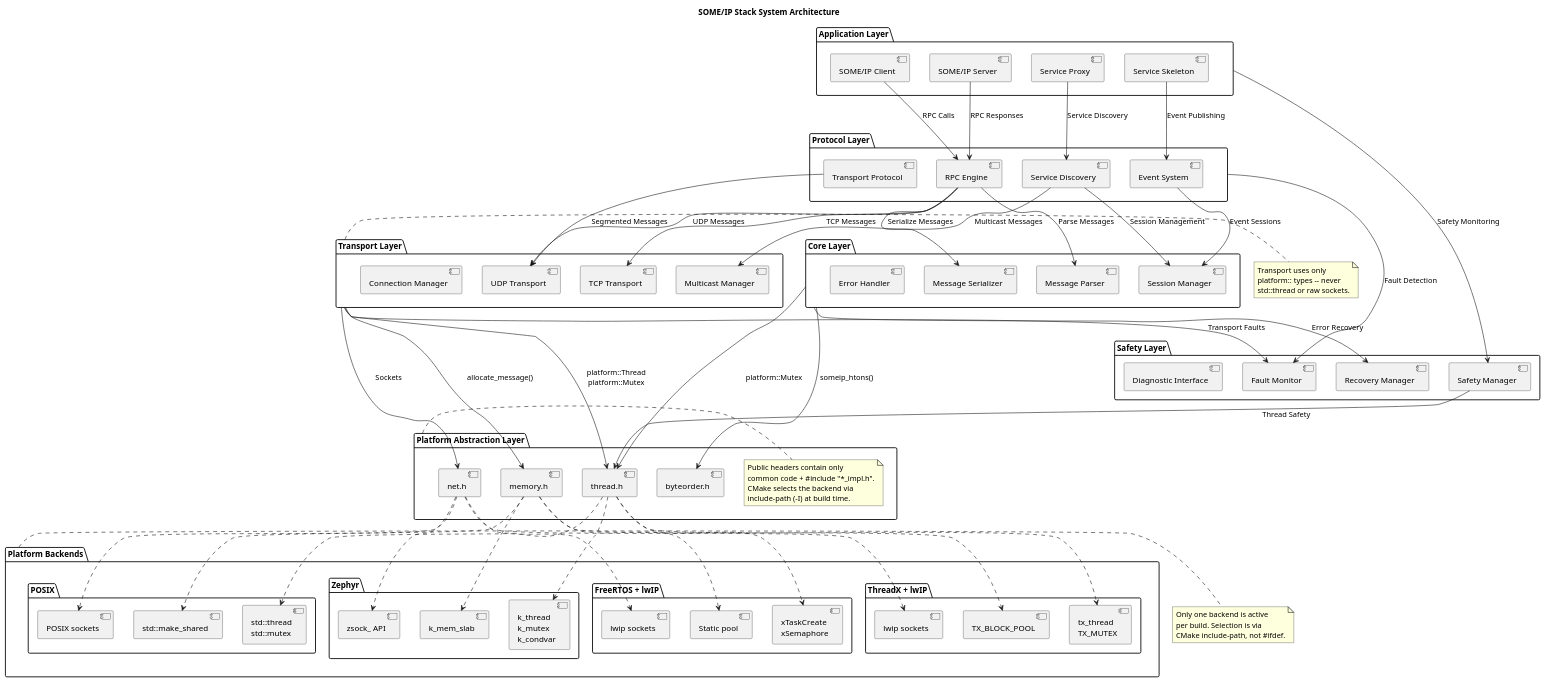
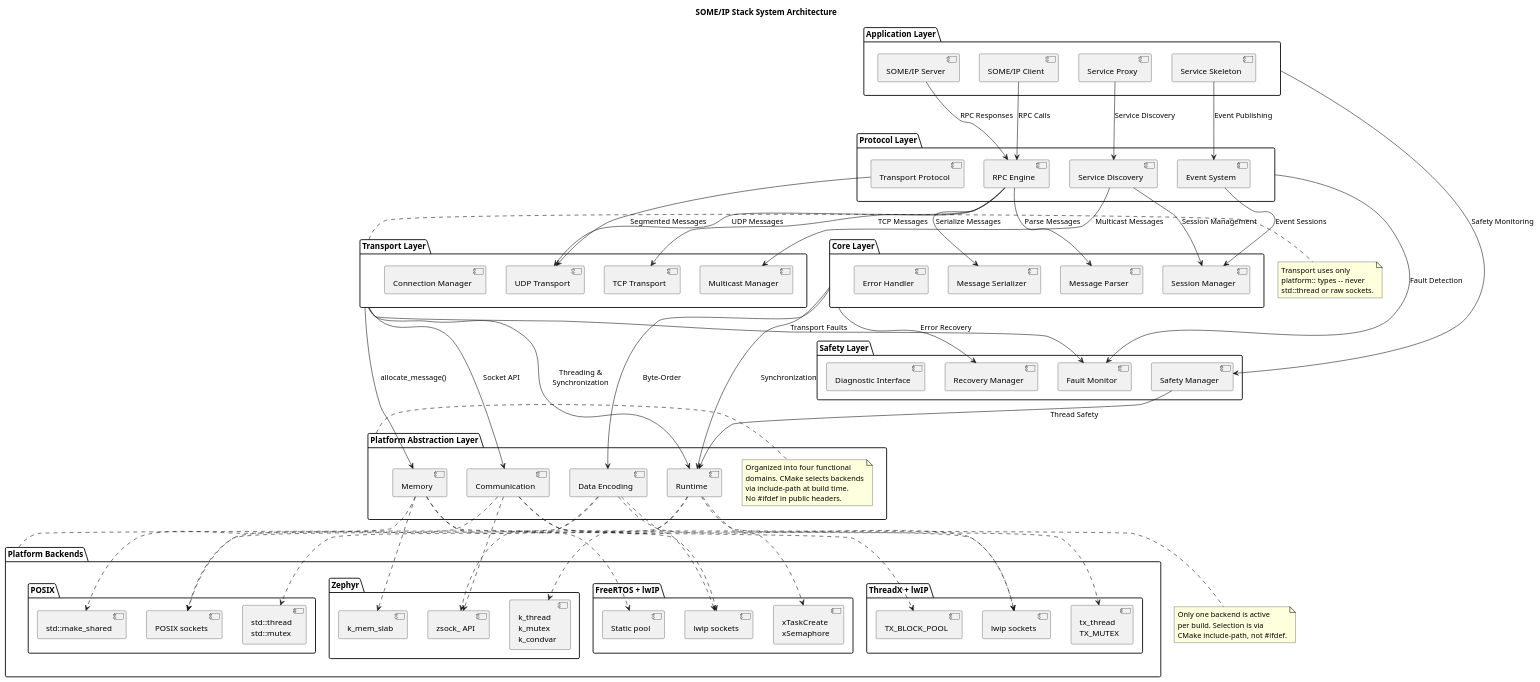
One commit to vtz/opensomeip changed the diagram in diagrams/system_architecture.puml. Above: the diagram before and after it, drawn with PlantUML. The commit also changed 26 other files, not shown here.

```diff
--- a/diagrams/system_architecture.puml
+++ b/diagrams/system_architecture.puml
@@ -1,137 +1,141 @@
 @startuml System Architecture
 
 title SOME/IP Stack System Architecture
 
 package "Application Layer" as App {
     component [SOME/IP Client] as Client
     component [SOME/IP Server] as Server
     component [Service Proxy] as Proxy
     component [Service Skeleton] as Skeleton
 }
 
 package "Protocol Layer" as Protocol {
     component [RPC Engine] as RPC
     component [Event System] as Events
     component [Service Discovery] as SD
     component [Transport Protocol] as TP
 }
 
 package "Transport Layer" as Transport {
     component [UDP Transport] as UDP
     component [TCP Transport] as TCP
     component [Multicast Manager] as MCast
     component [Connection Manager] as ConnMgr
 }
 
 package "Core Layer" as Core {
     component [Message Serializer] as Serializer
     component [Message Parser] as Parser
     component [Session Manager] as SessionMgr
     component [Error Handler] as ErrorHandler
 }
 
 package "Safety Layer" as Safety {
     component [Fault Monitor] as FaultMon
     component [Safety Manager] as SafetyMgr
     component [Recovery Manager] as RecoveryMgr
     component [Diagnostic Interface] as Diag
 }
 
 package "Platform Abstraction Layer" as PAL {
-    component [thread.h] as ThreadH
-    component [memory.h] as MemoryH
-    component [net.h] as NetH
-    component [byteorder.h] as ByteorderH
+    component [Runtime] as RT
+    component [Communication] as CM
+    component [Memory] as MM
+    component [Data Encoding] as DE
 
     note right of PAL
-        Public headers contain only
-        common code + #include "*_impl.h".
-        CMake selects the backend via
-        include-path (-I) at build time.
+        Organized into four functional
+        domains. CMake selects backends
+        via include-path at build time.
+        No #ifdef in public headers.
     end note
 }
 
 package "Platform Backends" as Backends {
     package "POSIX" as POSIX_BE {
         component [std::thread\nstd::mutex] as POSIX_Thread
         component [POSIX sockets] as POSIX_Net
         component [std::make_shared] as POSIX_Mem
     }
     package "Zephyr" as Zephyr_BE {
         component [k_thread\nk_mutex\nk_condvar] as Zephyr_Thread
         component [zsock_ API] as Zephyr_Net
         component [k_mem_slab] as Zephyr_Mem
     }
     package "FreeRTOS + lwIP" as FreeRTOS_BE {
         component [xTaskCreate\nxSemaphore] as FreeRTOS_Thread
         component [lwip sockets] as FreeRTOS_Net
         component [Static pool] as FreeRTOS_Mem
     }
     package "ThreadX + lwIP" as ThreadX_BE {
         component [tx_thread\nTX_MUTEX] as ThreadX_Thread
         component [lwip sockets] as ThreadX_Net
         component [TX_BLOCK_POOL] as ThreadX_Mem
     }
 }
 
 ' Application to Protocol
 Client --> RPC : RPC Calls
 Server --> RPC : RPC Responses
 Proxy --> SD : Service Discovery
 Skeleton --> Events : Event Publishing
 
 ' Protocol to Transport
 RPC --> UDP : UDP Messages
 RPC --> TCP : TCP Messages
 SD --> MCast : Multicast Messages
 TP --> UDP : Segmented Messages
 
 ' Protocol to Core
 RPC --> Serializer : Serialize Messages
 RPC --> Parser : Parse Messages
 SD --> SessionMgr : Session Management
 Events --> SessionMgr : Event Sessions
 
 ' All layers to Safety
 App --> SafetyMgr : Safety Monitoring
 Protocol --> FaultMon : Fault Detection
 Transport --> FaultMon : Transport Faults
 Core --> RecoveryMgr : Error Recovery
 
 ' Transport and Core to PAL
-Transport --> ThreadH : platform::Thread\nplatform::Mutex
-Transport --> NetH : Sockets
-Transport --> MemoryH : allocate_message()
-Core --> ThreadH : platform::Mutex
-Core --> ByteorderH : someip_htons()
+Transport --> RT : Threading &\nSynchronization
+Transport --> CM : Socket API
+Transport --> MM : allocate_message()
+Core --> RT : Synchronization
+Core --> DE : Byte-Order
 
 ' PAL to Backends (one backend active at build time)
-ThreadH ..> POSIX_Thread
-ThreadH ..> Zephyr_Thread
-ThreadH ..> FreeRTOS_Thread
-ThreadH ..> ThreadX_Thread
-NetH ..> POSIX_Net
-NetH ..> Zephyr_Net
-NetH ..> FreeRTOS_Net
-NetH ..> ThreadX_Net
-MemoryH ..> POSIX_Mem
-MemoryH ..> Zephyr_Mem
-MemoryH ..> FreeRTOS_Mem
-MemoryH ..> ThreadX_Mem
+RT ..> POSIX_Thread
+RT ..> Zephyr_Thread
+RT ..> FreeRTOS_Thread
+RT ..> ThreadX_Thread
+CM ..> POSIX_Net
+CM ..> Zephyr_Net
+CM ..> FreeRTOS_Net
+CM ..> ThreadX_Net
+MM ..> POSIX_Mem
+MM ..> Zephyr_Mem
+MM ..> FreeRTOS_Mem
+MM ..> ThreadX_Mem
+DE ..> POSIX_Net
+DE ..> Zephyr_Net
+DE ..> FreeRTOS_Net
+DE ..> ThreadX_Net
 
 ' Safety to Infrastructure
-SafetyMgr --> ThreadH : Thread Safety
+SafetyMgr --> RT : Thread Safety
 
 note right of Transport
     Transport uses only
     platform:: types -- never
     std::thread or raw sockets.
 end note
 
 note right of Backends
     Only one backend is active
     per build. Selection is via
     CMake include-path, not #ifdef.
 end note
 
 @enduml
```
